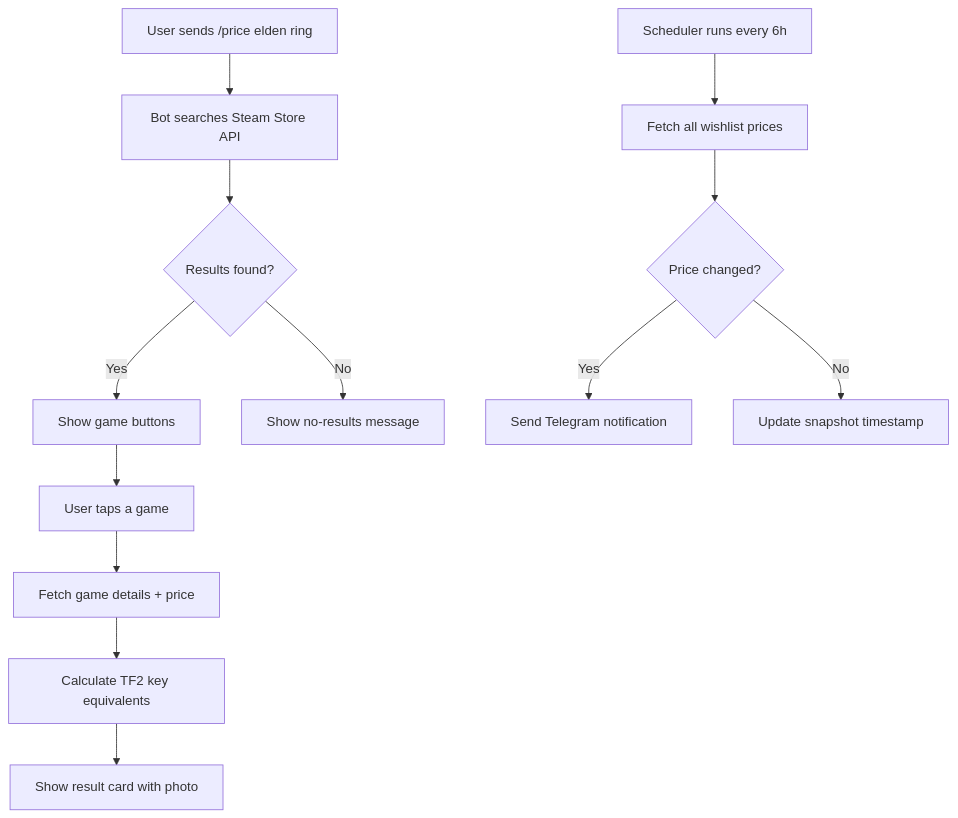
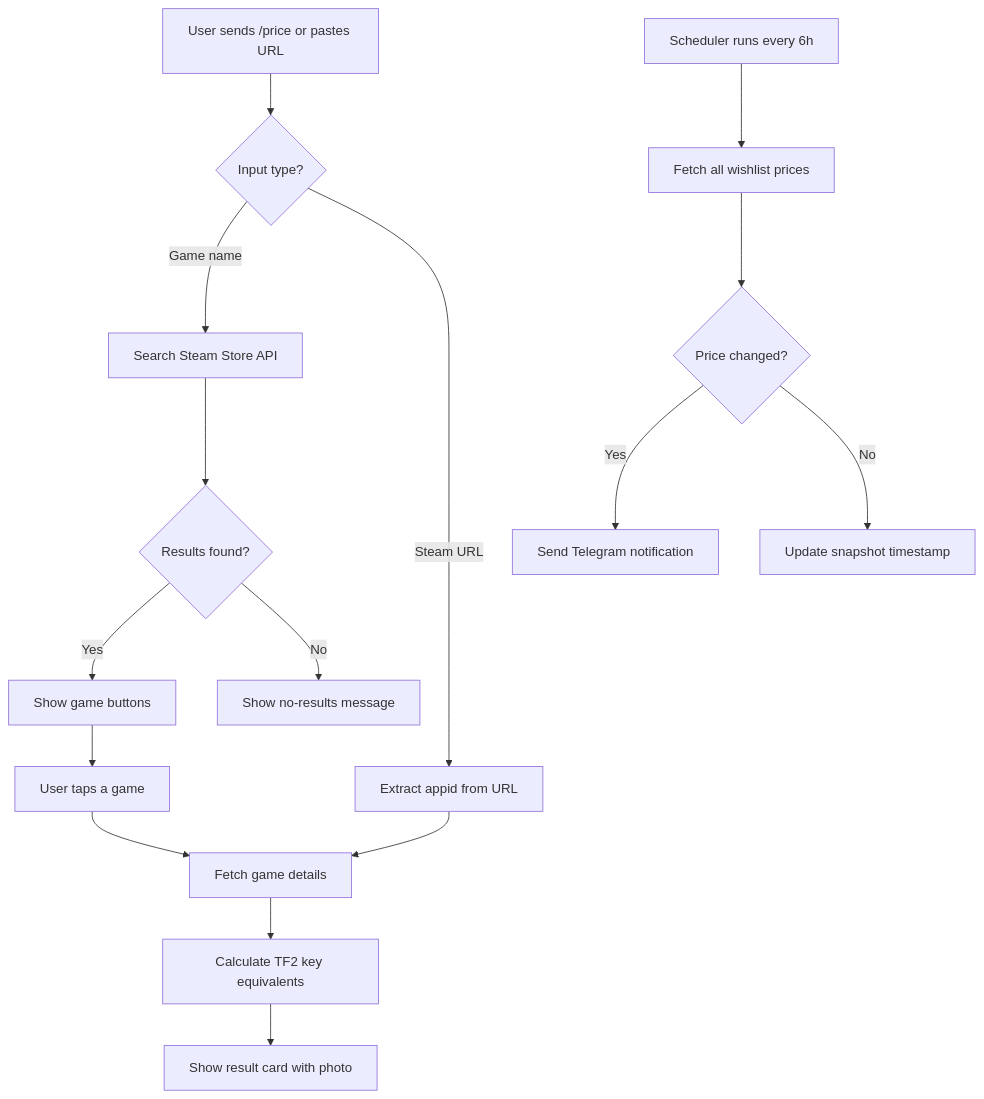
One commit to Mahdirnj/Steam-Bot changed the diagram in README.md. Above: the diagram before and after it, drawn with Mermaid. The commit also changed other lines of this file and 7 other files, not shown here.

````diff
--- a/README.md
+++ b/README.md
@@ -264,16 +282,19 @@
 ```mermaid
 graph TD
-    A[User sends /price elden ring] --> B[Bot searches Steam Store API]
-    B --> C{Results found?}
-    C -->|Yes| D[Show game buttons]
-    C -->|No| E[Show no-results message]
-    D --> F[User taps a game]
-    F --> G[Fetch game details + price]
-    G --> H[Calculate TF2 key equivalents]
-    H --> I[Show result card with photo]
+    A[User sends /price or pastes URL] --> B{Input type?}
+    B -->|Game name| C[Search Steam Store API]
+    B -->|Steam URL| D[Extract appid from URL]
+    C --> E{Results found?}
+    E -->|Yes| F[Show game buttons]
+    E -->|No| G[Show no-results message]
+    D --> H[Fetch game details]
+    F --> I[User taps a game]
+    I --> H
+    H --> J[Calculate TF2 key equivalents]
+    J --> K[Show result card with photo]
 
-    J[Scheduler runs every 6h] --> K[Fetch all wishlist prices]
-    K --> L{Price changed?}
-    L -->|Yes| M[Send Telegram notification]
-    L -->|No| N[Update snapshot timestamp]
+    L[Scheduler runs every 6h] --> M[Fetch all wishlist prices]
+    M --> N{Price changed?}
+    N -->|Yes| O[Send Telegram notification]
+    N -->|No| P[Update snapshot timestamp]
 ```
````
